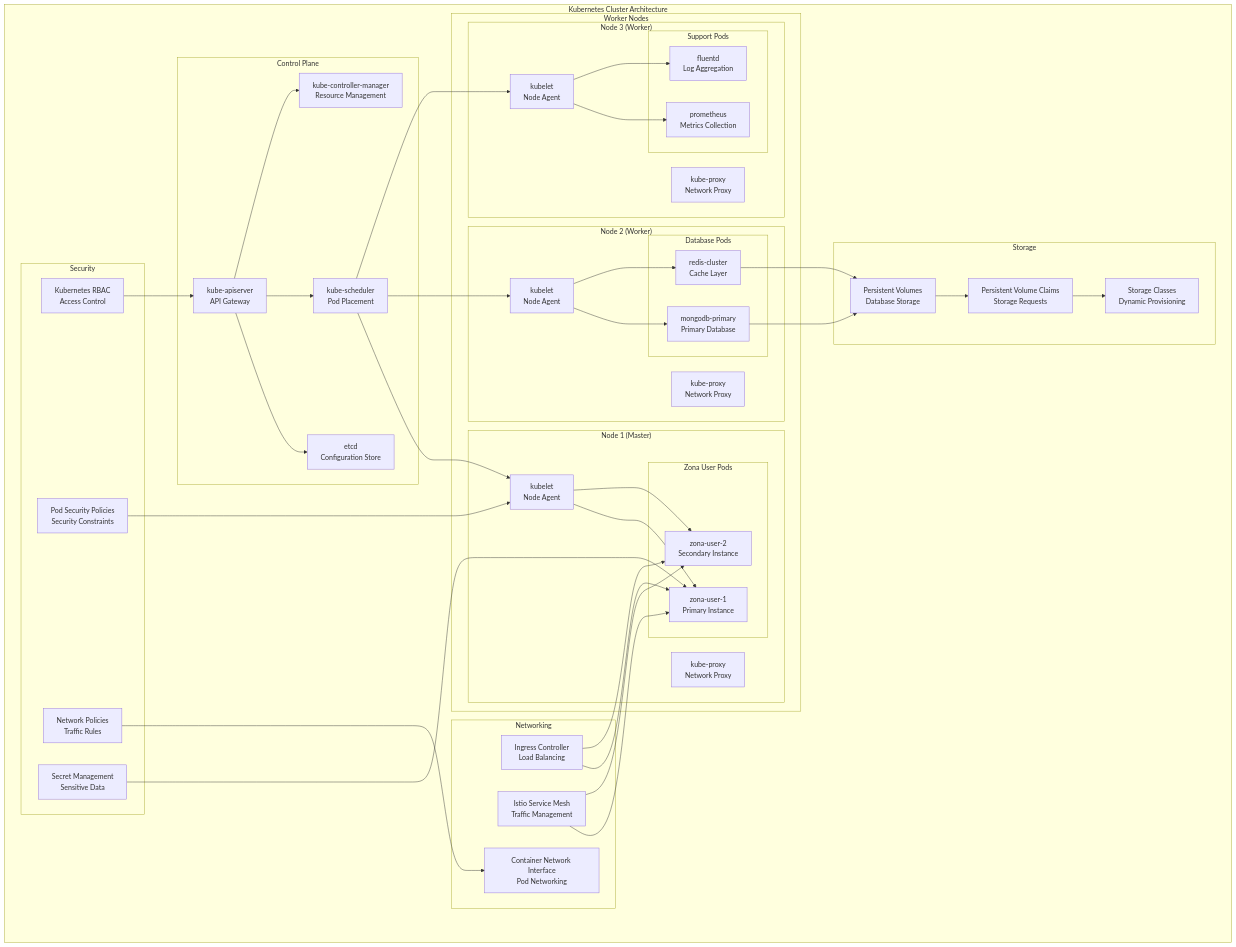
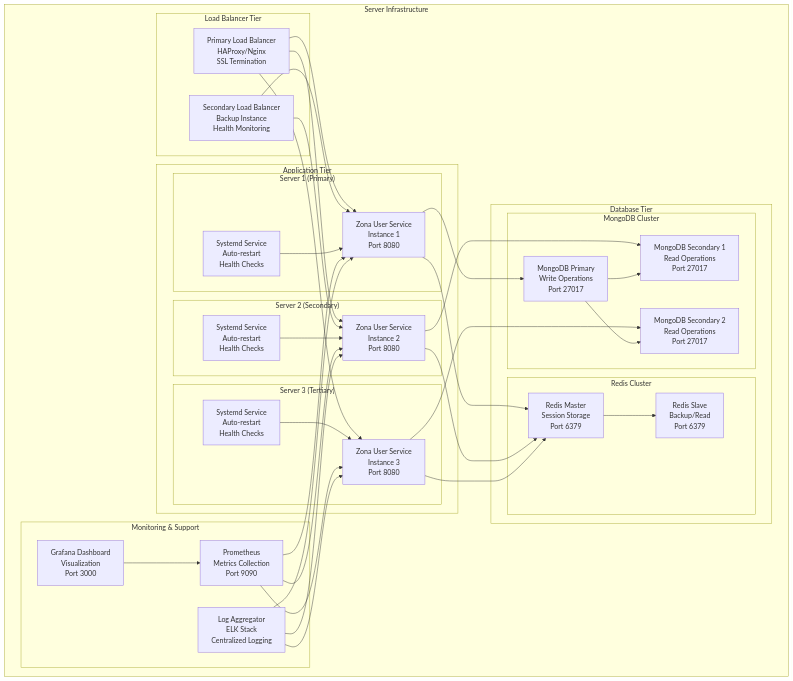
The tenth of 17 diagrams in ZONA_USER_LLD.md (Vishwa0220/securaa-internal-documents), drawn with Mermaid before and after one commit. The commit also changed other lines of this file and 1 other file, not shown here.

````diff
--- a/ZONA_USER_LLD.md
+++ b/ZONA_USER_LLD.md
@@ -713,95 +735,81 @@
 ```mermaid
 graph TB
-    subgraph "Kubernetes Cluster Architecture"
-        subgraph "Control Plane"
-            API_SERVER[kube-apiserver<br/>API Gateway]
-            ETCD[etcd<br/>Configuration Store]
-            SCHEDULER[kube-scheduler<br/>Pod Placement]
-            CONTROLLER[kube-controller-manager<br/>Resource Management]
+    subgraph "Server Infrastructure"
+        subgraph "Load Balancer Tier"
+            LB_PRIMARY[Primary Load Balancer<br/>HAProxy/Nginx<br/>SSL Termination]
+            LB_SECONDARY[Secondary Load Balancer<br/>Backup Instance<br/>Health Monitoring]
         end
         
-        subgraph "Worker Nodes"
-            subgraph "Node 1 (Master)"
-                KUBELET1[kubelet<br/>Node Agent]
-                KUBE_PROXY1[kube-proxy<br/>Network Proxy]
-                subgraph "Zona User Pods"
-                    POD1A[zona-user-1<br/>Primary Instance]
-                    POD1B[zona-user-2<br/>Secondary Instance]
-                end
+        subgraph "Application Tier"
+            subgraph "Server 1 (Primary)"
+                APP1[Zona User Service<br/>Instance 1<br/>Port 8080]
+                SYSTEMD1[Systemd Service<br/>Auto-restart<br/>Health Checks]
             end
             
-            subgraph "Node 2 (Worker)"
-                KUBELET2[kubelet<br/>Node Agent]
-                KUBE_PROXY2[kube-proxy<br/>Network Proxy]
-                subgraph "Database Pods"
-                    MONGO_POD[mongodb-primary<br/>Primary Database]
-                    REDIS_POD[redis-cluster<br/>Cache Layer]
-                end
+            subgraph "Server 2 (Secondary)"
+                APP2[Zona User Service<br/>Instance 2<br/>Port 8080]
+                SYSTEMD2[Systemd Service<br/>Auto-restart<br/>Health Checks]
             end
             
-            subgraph "Node 3 (Worker)"
-                KUBELET3[kubelet<br/>Node Agent]
-                KUBE_PROXY3[kube-proxy<br/>Network Proxy]
-                subgraph "Support Pods"
-                    MONITORING_POD[prometheus<br/>Metrics Collection]
-                    LOGGING_POD[fluentd<br/>Log Aggregation]
-                end
+            subgraph "Server 3 (Tertiary)"
+                APP3[Zona User Service<br/>Instance 3<br/>Port 8080]
+                SYSTEMD3[Systemd Service<br/>Auto-restart<br/>Health Checks]
             end
         end
         
-        subgraph "Networking"
-            INGRESS[Ingress Controller<br/>Load Balancing]
-            SERVICE_MESH[Istio Service Mesh<br/>Traffic Management]
-            CNI[Container Network Interface<br/>Pod Networking]
+        subgraph "Database Tier"
+            subgraph "MongoDB Cluster"
+                MONGO_PRIMARY[MongoDB Primary<br/>Write Operations<br/>Port 27017]
+                MONGO_SECONDARY1[MongoDB Secondary 1<br/>Read Operations<br/>Port 27017]
+                MONGO_SECONDARY2[MongoDB Secondary 2<br/>Read Operations<br/>Port 27017]
+            end
+            
+            subgraph "Redis Cluster"
+                REDIS_MASTER[Redis Master<br/>Session Storage<br/>Port 6379]
+                REDIS_SLAVE[Redis Slave<br/>Backup/Read<br/>Port 6379]
+            end
         end
         
-        subgraph "Storage"
-            PV[Persistent Volumes<br/>Database Storage]
-            PVC[Persistent Volume Claims<br/>Storage Requests]
-            STORAGE_CLASS[Storage Classes<br/>Dynamic Provisioning]
-        end
-        
-        subgraph "Security"
-            RBAC[Kubernetes RBAC<br/>Access Control]
-            PSP[Pod Security Policies<br/>Security Constraints]
-            NETWORK_POLICY[Network Policies<br/>Traffic Rules]
-            SECRET_MGMT[Secret Management<br/>Sensitive Data]
+        subgraph "Monitoring & Support"
+            PROMETHEUS[Prometheus<br/>Metrics Collection<br/>Port 9090]
+            GRAFANA[Grafana Dashboard<br/>Visualization<br/>Port 3000]
+            LOG_AGGREGATOR[Log Aggregator<br/>ELK Stack<br/>Centralized Logging]
         end
     end
     
-    %% Control Plane Flow
-    API_SERVER --> ETCD
-    API_SERVER --> SCHEDULER
-    API_SERVER --> CONTROLLER
+    %% Load Balancer Connections
+    LB_PRIMARY --> APP1
+    LB_PRIMARY --> APP2
+    LB_PRIMARY --> APP3
+    LB_SECONDARY --> APP1
+    LB_SECONDARY --> APP2
     
-    %% Node Communication
-    SCHEDULER --> KUBELET1
-    SCHEDULER --> KUBELET2
-    SCHEDULER --> KUBELET3
+    %% Service Management
+    SYSTEMD1 --> APP1
+    SYSTEMD2 --> APP2
+    SYSTEMD3 --> APP3
     
-    %% Pod Management
-    KUBELET1 --> POD1A
-    KUBELET1 --> POD1B
-    KUBELET2 --> MONGO_POD
-    KUBELET2 --> REDIS_POD
-    KUBELET3 --> MONITORING_POD
-    KUBELET3 --> LOGGING_POD
+    %% Database Connections
+    APP1 --> MONGO_PRIMARY
+    APP2 --> MONGO_SECONDARY1
+    APP3 --> MONGO_SECONDARY2
     
-    %% Networking
-    INGRESS --> POD1A
-    INGRESS --> POD1B
-    SERVICE_MESH --> POD1A
-    SERVICE_MESH --> POD1B
+    APP1 --> REDIS_MASTER
+    APP2 --> REDIS_MASTER
+    APP3 --> REDIS_MASTER
     
-    %% Storage
-    MONGO_POD --> PV
-    REDIS_POD --> PV
-    PV --> PVC
-    PVC --> STORAGE_CLASS
+    %% Database Replication
+    MONGO_PRIMARY --> MONGO_SECONDARY1
+    MONGO_PRIMARY --> MONGO_SECONDARY2
+    REDIS_MASTER --> REDIS_SLAVE
     
-    %% Security
-    RBAC --> API_SERVER
-    PSP --> KUBELET1
-    NETWORK_POLICY --> CNI
-    SECRET_MGMT --> POD1A
+    %% Monitoring Connections
+    PROMETHEUS --> APP1
+    PROMETHEUS --> APP2
+    PROMETHEUS --> APP3
+    GRAFANA --> PROMETHEUS
+    
+    LOG_AGGREGATOR --> APP1
+    LOG_AGGREGATOR --> APP2
+    LOG_AGGREGATOR --> APP3
 ```
````
